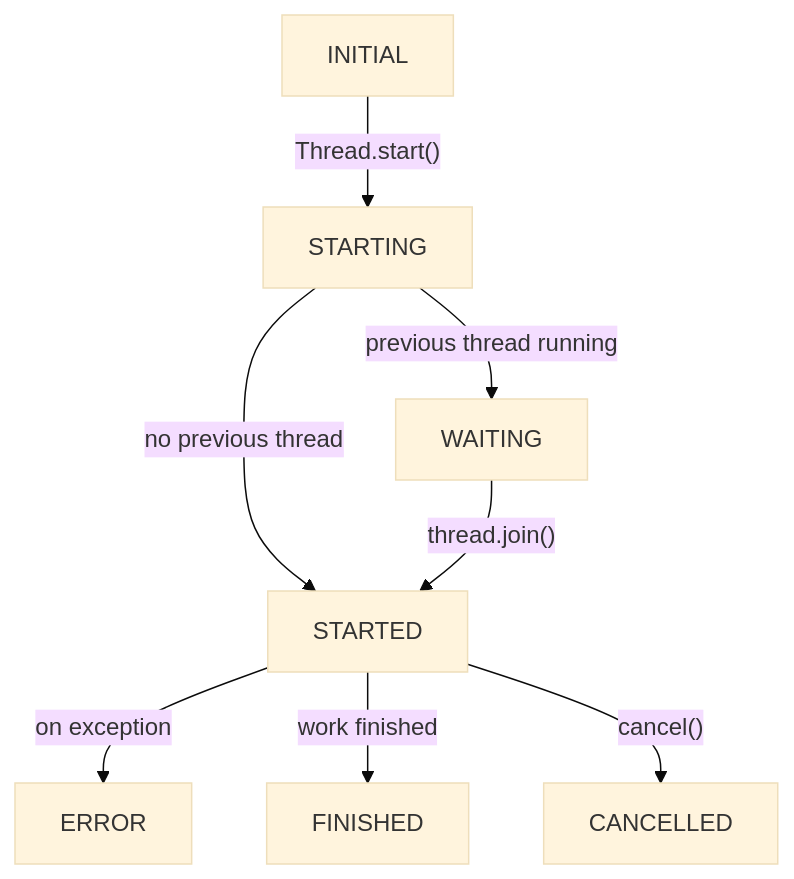
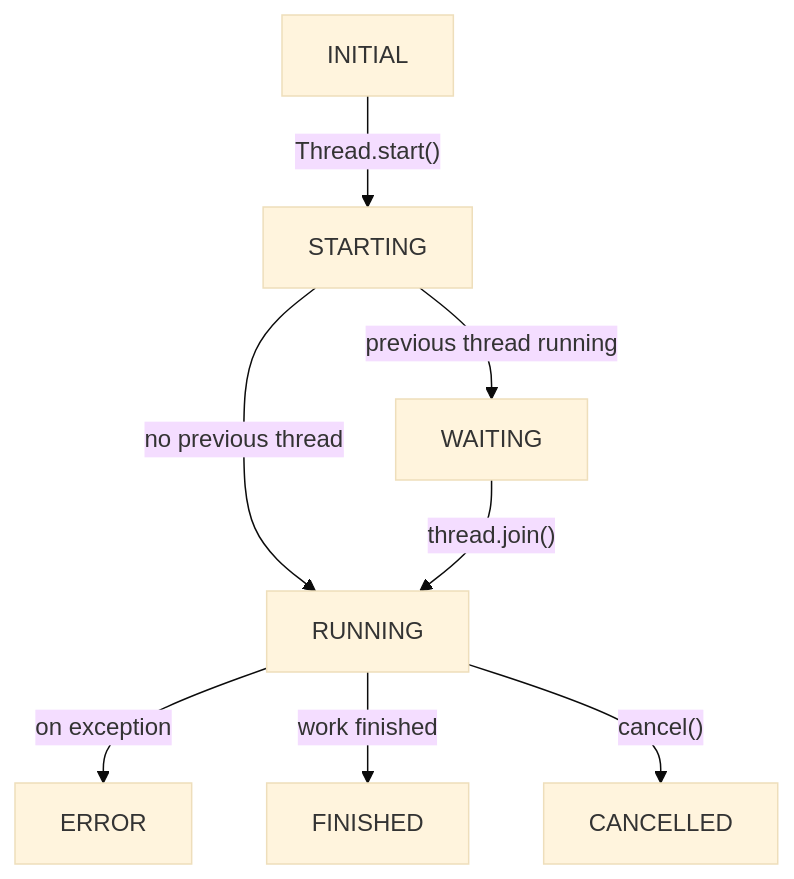
The diagram in solara/examples/api/use_thread.md (widgetti/solara), drawn with Mermaid (base theme) before and after one commit. The commit also changed 3 other files, not shown here.

First line of the commit message:
refactor: rename STARTED to RUNNING

````diff
--- a/solara/examples/api/use_thread.md
+++ b/solara/examples/api/use_thread.md
@@ -38,10 +38,10 @@
 ```mermaid
 graph TD;
     INITIAL-- "Thread.start()" -->STARTING;
     STARTING-- "previous thread running" -->WAITING;
-    STARTING-- "no previous thread" -->STARTED;
-    WAITING-- "thread.join()" -->STARTED;
-    STARTED-- "on exception" -->ERROR
-    STARTED-- "work finished" -->FINISHED
-    STARTED-- "cancel()" -->CANCELLED
+    STARTING-- "no previous thread" -->RUNNING;
+    WAITING-- "thread.join()" -->RUNNING;
+    RUNNING-- "on exception" -->ERROR
+    RUNNING-- "work finished" -->FINISHED
+    RUNNING-- "cancel()" -->CANCELLED
 ```
````
